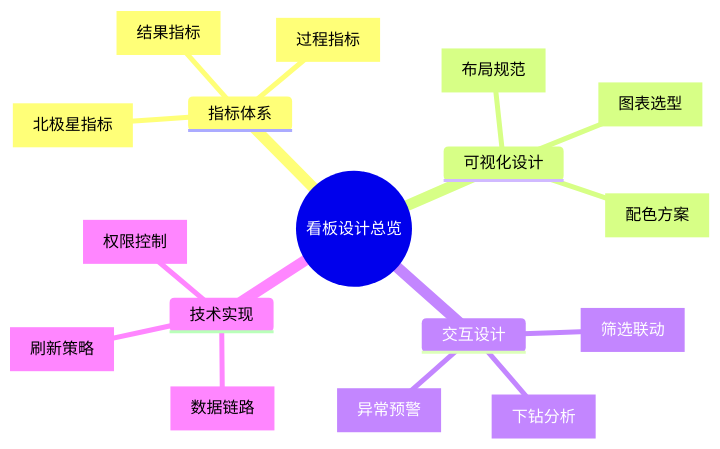
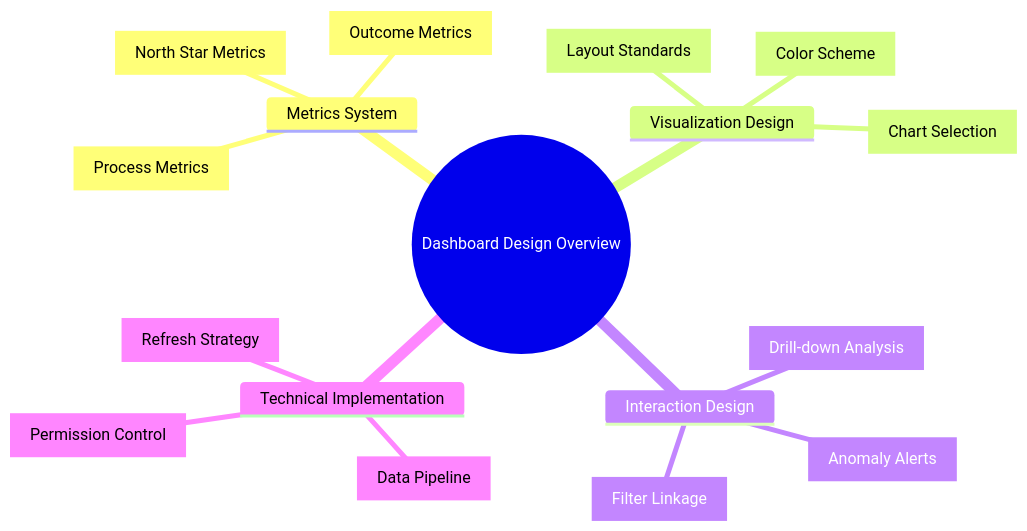
Before and after one commit to Kirky-X/cangjie: the first of 9 diagrams in templates/产品/运营层/【模板】数据看板.md, drawn with Mermaid. The commit also changed other lines of this file and 46 other files, not shown here.

````diff
--- a/templates/产品/运营层/【模板】数据看板.md
+++ b/templates/产品/运营层/【模板】数据看板.md
@@ -65,22 +65,22 @@
 ```mermaid
 
 
 mindmap
-  root((看板设计总览))
-    指标体系
-      [北极星指标]
-      [过程指标]
-      [结果指标]
-    可视化设计
-      [布局规范]
-      [图表选型]
-      [配色方案]
-    交互设计
-      [筛选联动]
-      [下钻分析]
-      [异常预警]
-    技术实现
-      [数据链路]
-      [刷新策略]
-      [权限控制]
+  root((Dashboard Design Overview))
+    Metrics System
+      [North Star Metrics]
+      [Process Metrics]
+      [Outcome Metrics]
+    Visualization Design
+      [Layout Standards]
+      [Chart Selection]
+      [Color Scheme]
+    Interaction Design
+      [Filter Linkage]
+      [Drill-down Analysis]
+      [Anomaly Alerts]
+    Technical Implementation
+      [Data Pipeline]
+      [Refresh Strategy]
+      [Permission Control]
 ```
````
